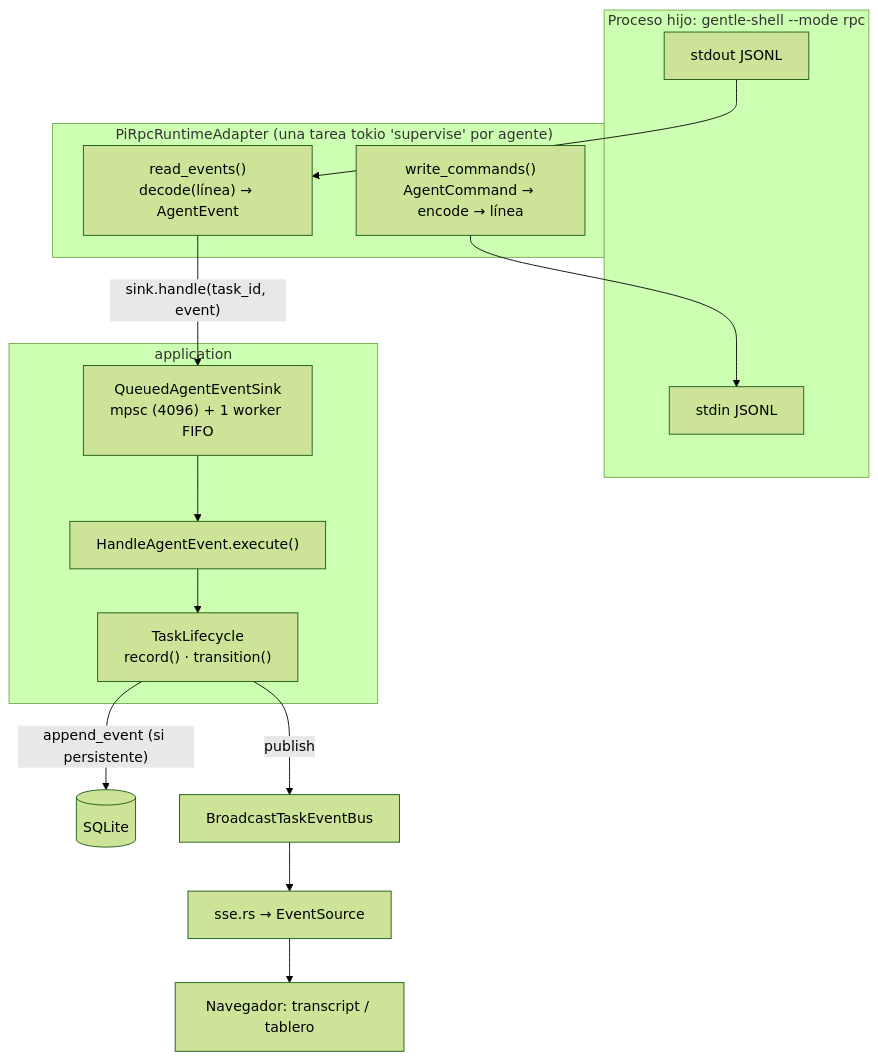
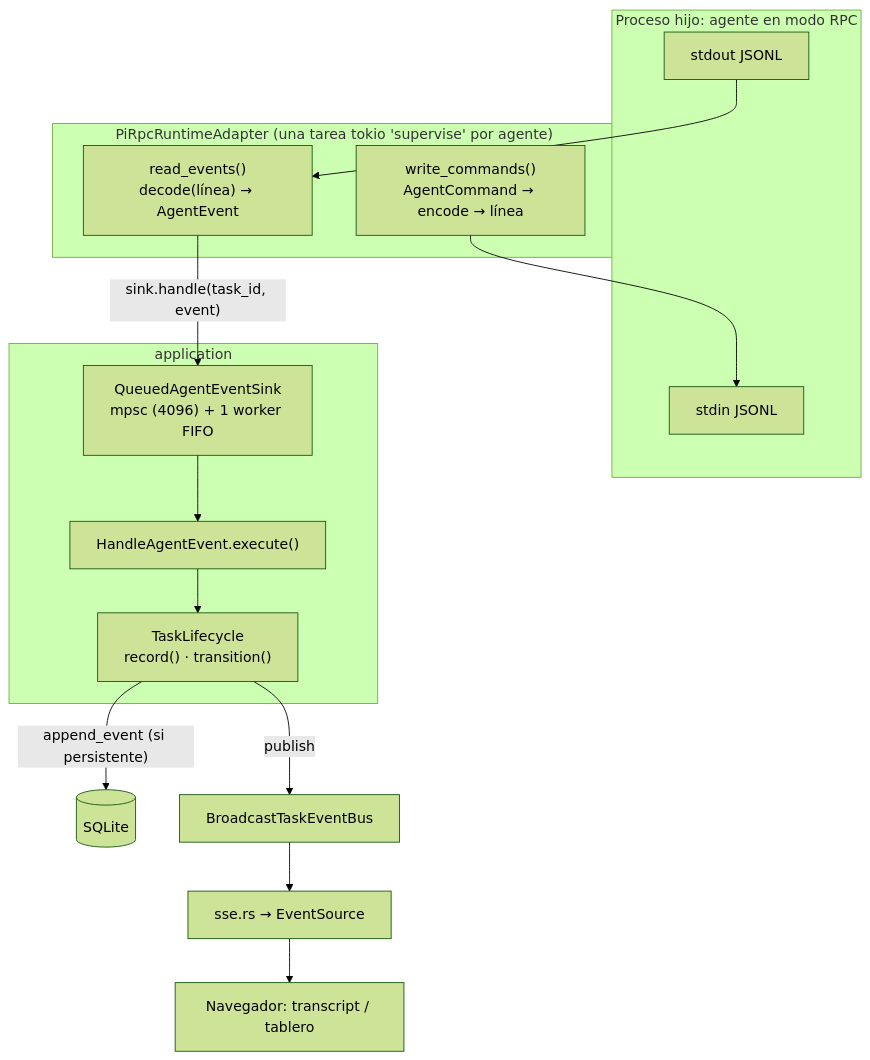
The ninth of 11 diagrams in ARCHITECTURE.md (plopezm/iworkflow), drawn with Mermaid (forest theme) before and after one commit. The commit also changed other lines of this file, not shown here.

Commit message:
docs: update ARCHITECTURE with the agent runtime abstraction, capabilities and commands

````diff
--- a/ARCHITECTURE.md
+++ b/ARCHITECTURE.md
@@ -656,24 +729,24 @@
 ```mermaid
 flowchart TB
-    subgraph proc["Proceso hijo: gentle-shell --mode rpc"]
+    subgraph proc["Proceso hijo: agente en modo RPC"]
         OUT[stdout JSONL]
         IN[stdin JSONL]
     end
     subgraph rt["PiRpcRuntimeAdapter (una tarea tokio 'supervise' por agente)"]
         RE["read_events()<br/>decode(línea) → AgentEvent"]
         WC["write_commands()<br/>AgentCommand → encode → línea"]
     end
     OUT --> RE
     WC --> IN
     RE -- "sink.handle(task_id, event)" --> Q
     subgraph app["application"]
         Q["QueuedAgentEventSink<br/>mpsc (4096) + 1 worker FIFO"]
         H["HandleAgentEvent.execute()"]
         L["TaskLifecycle<br/>record() · transition()"]
         Q --> H --> L
     end
     L -- "append_event (si persistente)" --> DB[(SQLite)]
     L -- "publish" --> BUS["BroadcastTaskEventBus"]
     BUS --> SSE["sse.rs → EventSource"]
     SSE --> UI[Navegador: transcript / tablero]
 ```
````
